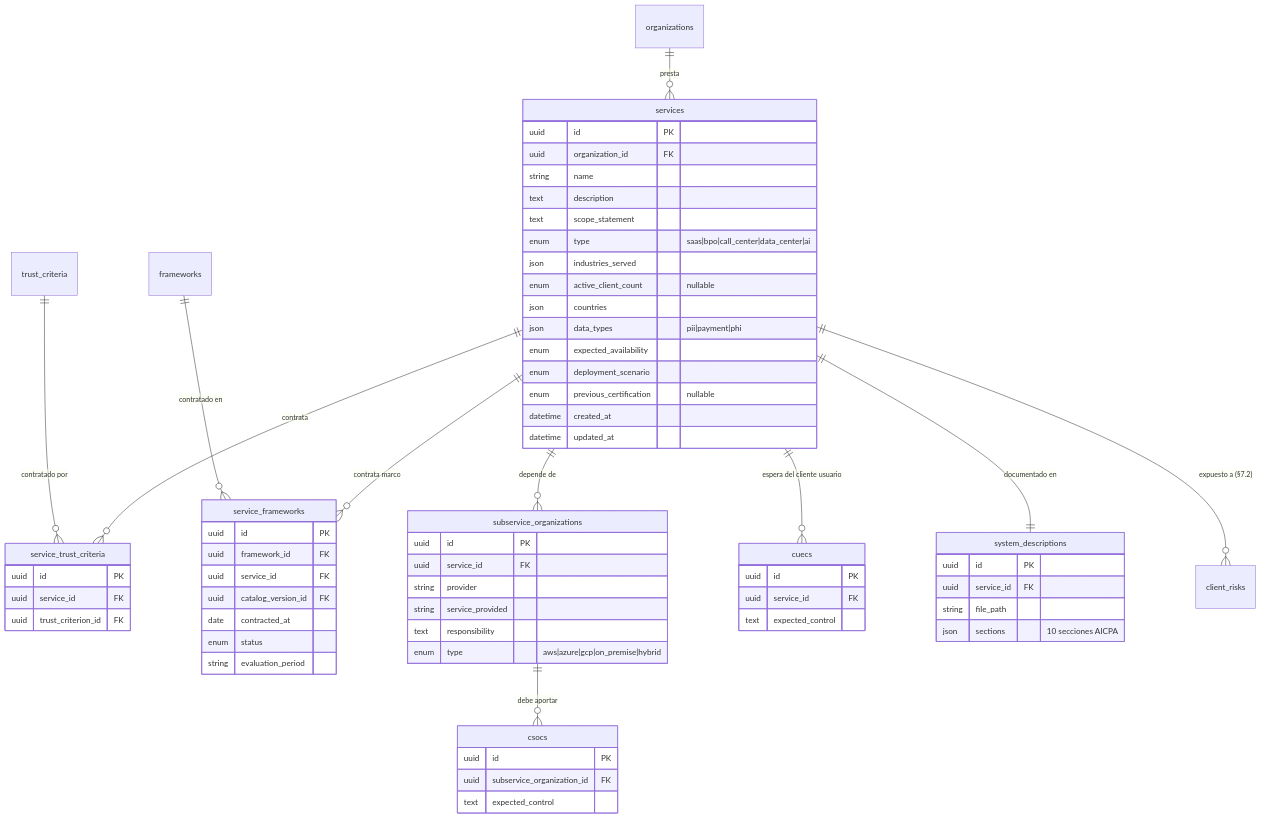
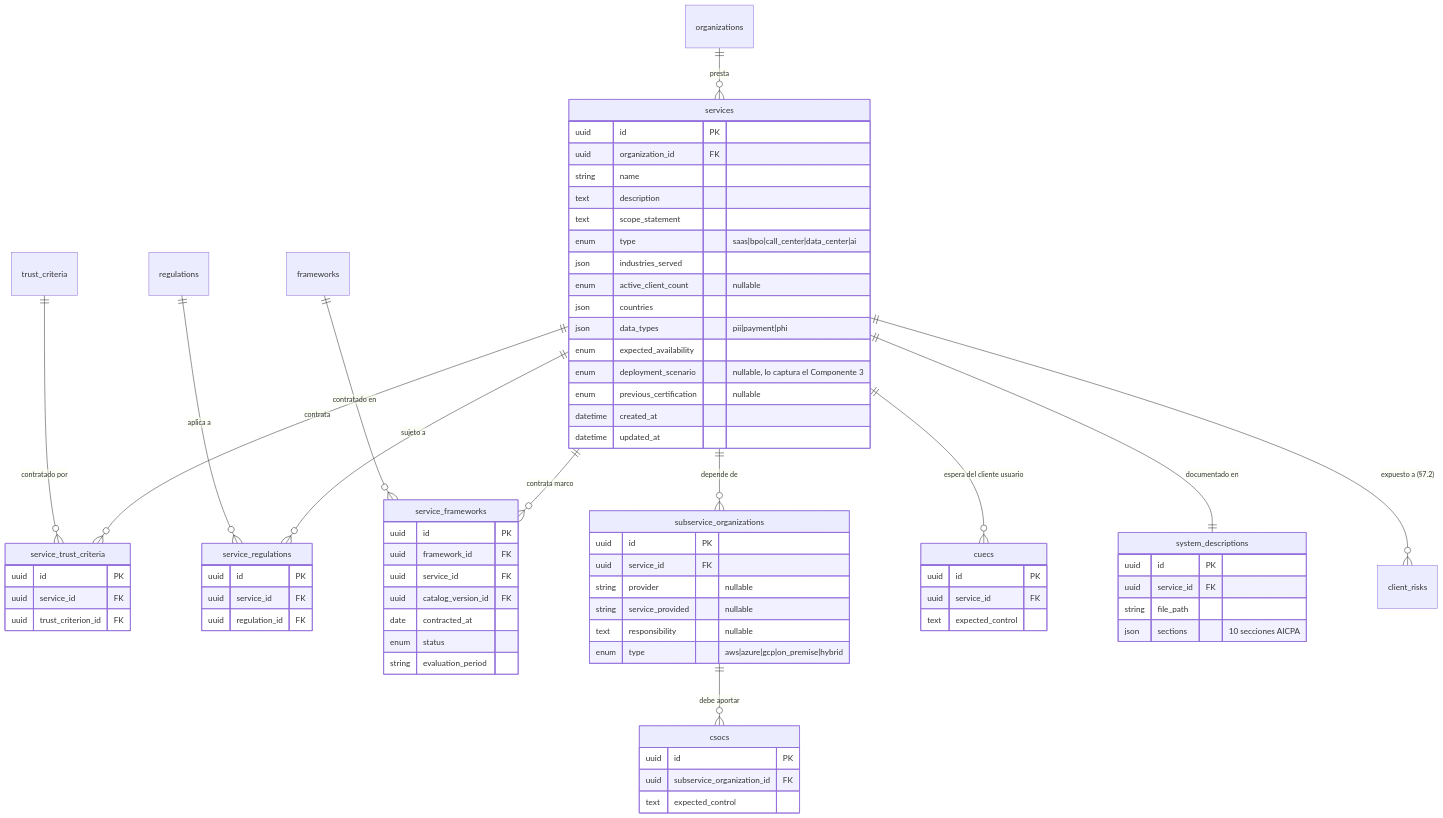
One commit to Monkey-GRC/Monkey-Brain-IA changed the ninth of 16 diagrams in skills/product/monkey-compliance-council/references/modelo-datos.md. Above: the diagram before and after it, drawn with Mermaid. The commit also changed other lines of this file and 5 other files, not shown here.

````diff
--- a/skills/product/monkey-compliance-council/references/modelo-datos.md
+++ b/skills/product/monkey-compliance-council/references/modelo-datos.md
@@ -1128,68 +1128,75 @@
 ```mermaid
 erDiagram
     services {
         uuid id PK
         uuid organization_id FK
         string name
         text description
         text scope_statement
         enum type "saas|bpo|call_center|data_center|ai"
         json industries_served
         enum active_client_count "nullable"
         json countries
         json data_types "pii|payment|phi"
         enum expected_availability
-        enum deployment_scenario
+        enum deployment_scenario "nullable, lo captura el Componente 3"
         enum previous_certification "nullable"
         datetime created_at
         datetime updated_at
     }
     service_trust_criteria {
         uuid id PK
         uuid service_id FK
         uuid trust_criterion_id FK
+    }
+    service_regulations {
+        uuid id PK
+        uuid service_id FK
+        uuid regulation_id FK
     }
     service_frameworks {
         uuid id PK
         uuid framework_id FK
         uuid service_id FK
         uuid catalog_version_id FK
         date contracted_at
         enum status
         string evaluation_period
     }
     subservice_organizations {
         uuid id PK
         uuid service_id FK
-        string provider
-        string service_provided
-        text responsibility
+        string provider "nullable"
+        string service_provided "nullable"
+        text responsibility "nullable"
         enum type "aws|azure|gcp|on_premise|hybrid"
     }
     csocs {
         uuid id PK
         uuid subservice_organization_id FK
         text expected_control
     }
     cuecs {
         uuid id PK
         uuid service_id FK
         text expected_control
     }
     system_descriptions {
         uuid id PK
         uuid service_id FK
         string file_path
         json sections "10 secciones AICPA"
     }
     organizations ||--o{ services : "presta"
     services ||--o{ service_trust_criteria : "contrata"
     trust_criteria ||--o{ service_trust_criteria : "contratado por"
+    services ||--o{ service_regulations : "sujeto a"
+    regulations ||--o{ service_regulations : "aplica a"
     services ||--o{ service_frameworks : "contrata marco"
     frameworks ||--o{ service_frameworks : "contratado en"
     services ||--o{ subservice_organizations : "depende de"
     subservice_organizations ||--o{ csocs : "debe aportar"
     services ||--o{ cuecs : "espera del cliente usuario"
     services ||--|| system_descriptions : "documentado en"
     services ||--o{ client_risks : "expuesto a (§7.2)"
 ```
````
